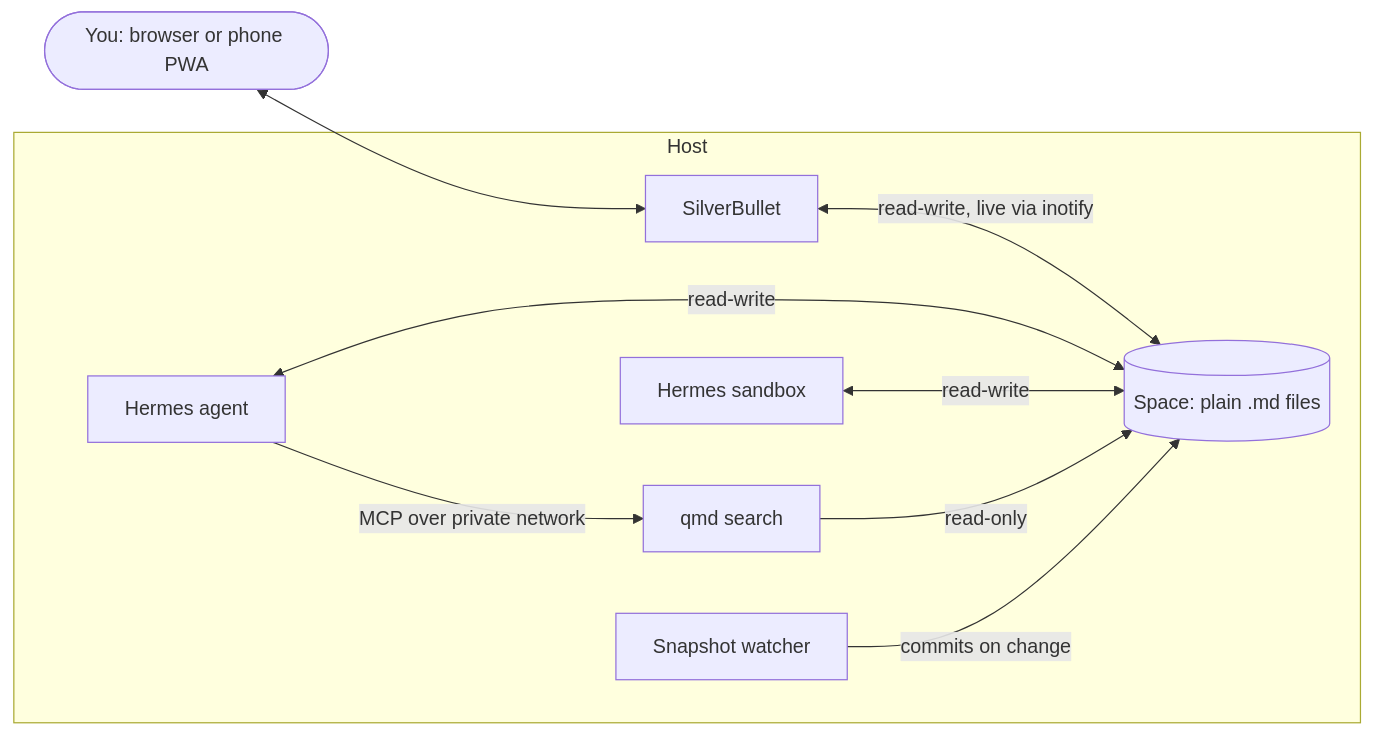
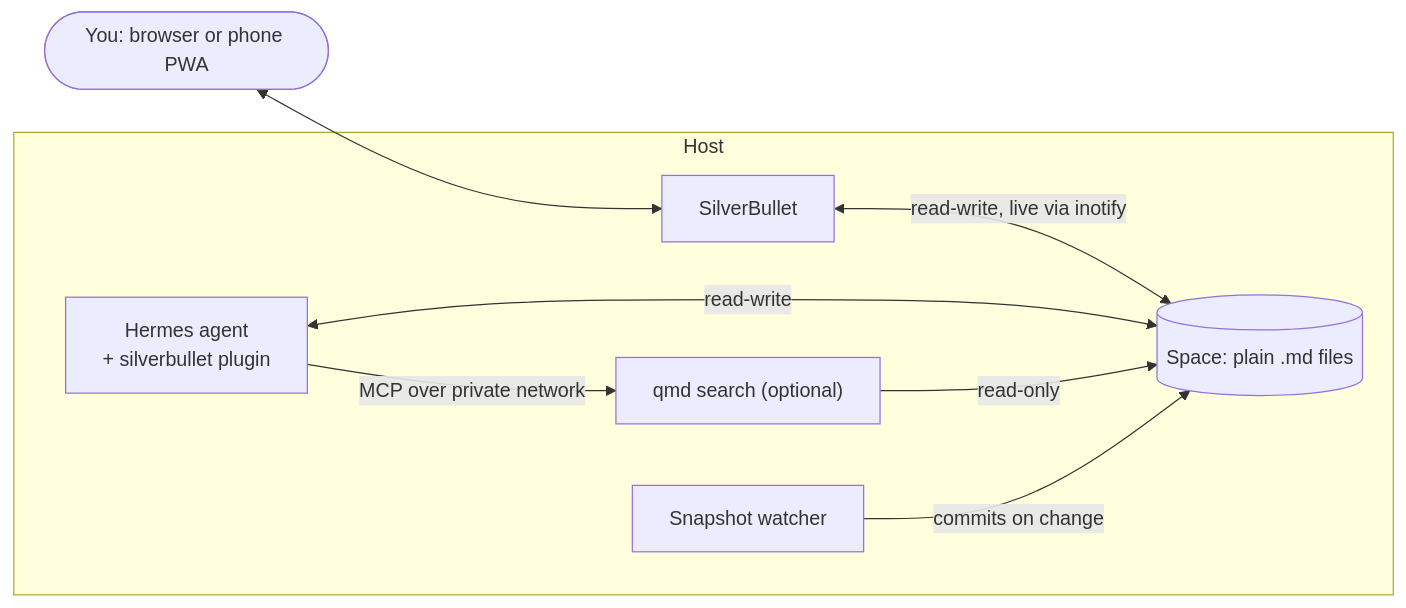
Before and after one commit to pjrobot/hermes-silverbullet: the diagram in README.md, drawn with Mermaid. The commit also changed other lines of this file and 19 other files, not shown here.

First line of the commit message:
feat: package the kit as a Hermes plugin, and fix the review findings

````diff
--- a/README.md
+++ b/README.md
@@ -22,13 +28,12 @@
 ```mermaid
 flowchart LR
     you(["You: browser or phone PWA"]) <--> sb["SilverBullet"]
 
     subgraph host["Host"]
         sb <-->|"read-write, live via inotify"| space[("Space: plain .md files")]
-        agent["Hermes agent"] <-->|"read-write"| space
-        sandbox["Hermes sandbox"] <-->|"read-write"| space
-        qmd["qmd search"] -->|"read-only"| space
+        agent["Hermes agent<br/>+ silverbullet plugin"] <-->|"read-write"| space
+        qmd["qmd search (optional)"] -->|"read-only"| space
         git["Snapshot watcher"] -->|"commits on change"| space
         agent -->|"MCP over private network"| qmd
     end
 ```
````
